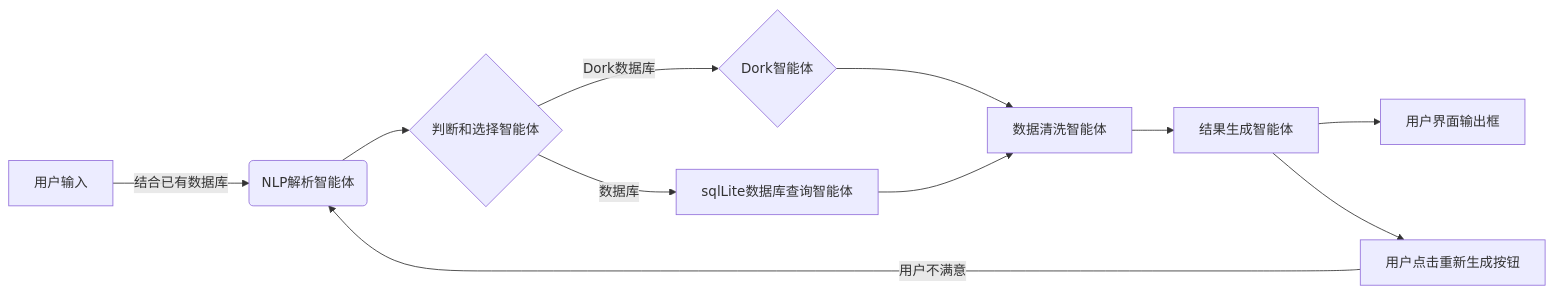
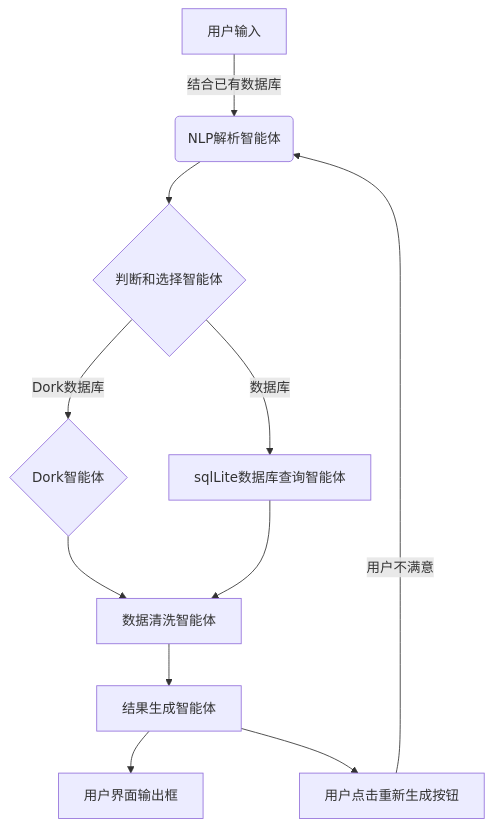
One commit to OSchengdu/SynthIQNexus changed the first of 2 diagrams in README.md. Above: the diagram before and after it, drawn with Mermaid. The commit also changed other lines of this file and 8 other files, not shown here.

````diff
--- a/README.md
+++ b/README.md
@@ -5,9 +5,9 @@
 ```mermaid
-graph LR
+graph TD
     A[用户输入] --> |结合已有数据库| B(NLP解析智能体)--> C{判断和选择智能体}-->|Dork数据库| D{Dork智能体}
     C -->|数据库| E[sqlLite数据库查询智能体]
     D & E --> F[数据清洗智能体]
     F --> G[结果生成智能体]
     G --> H[用户界面输出框]
     G --> J[用户点击重新生成按钮] --> |用户不满意| B
 ```
````
